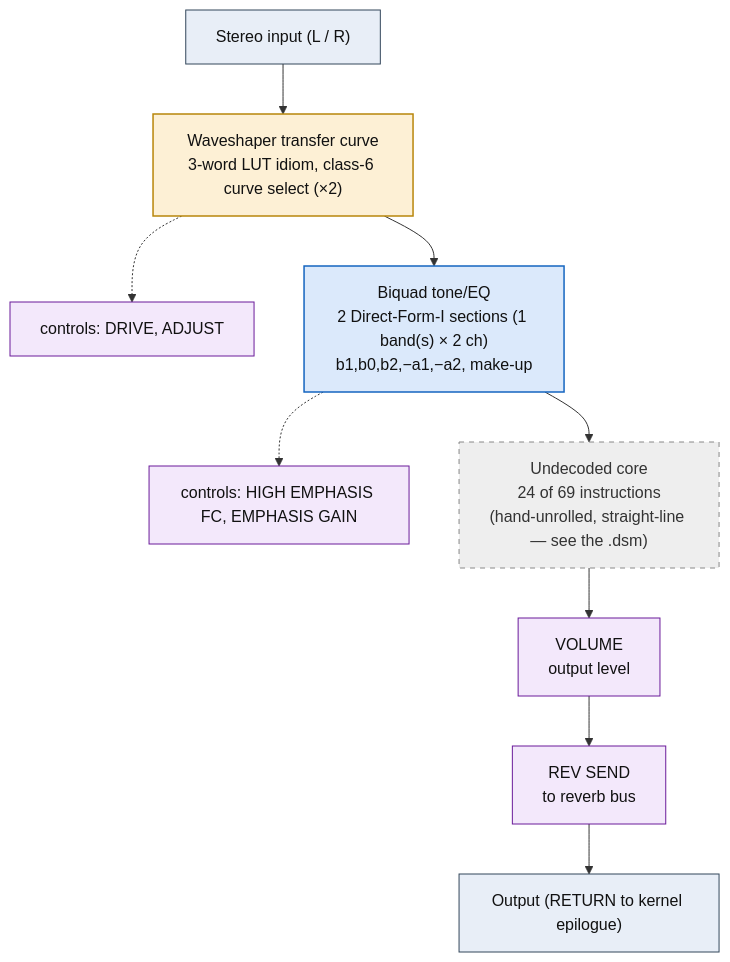
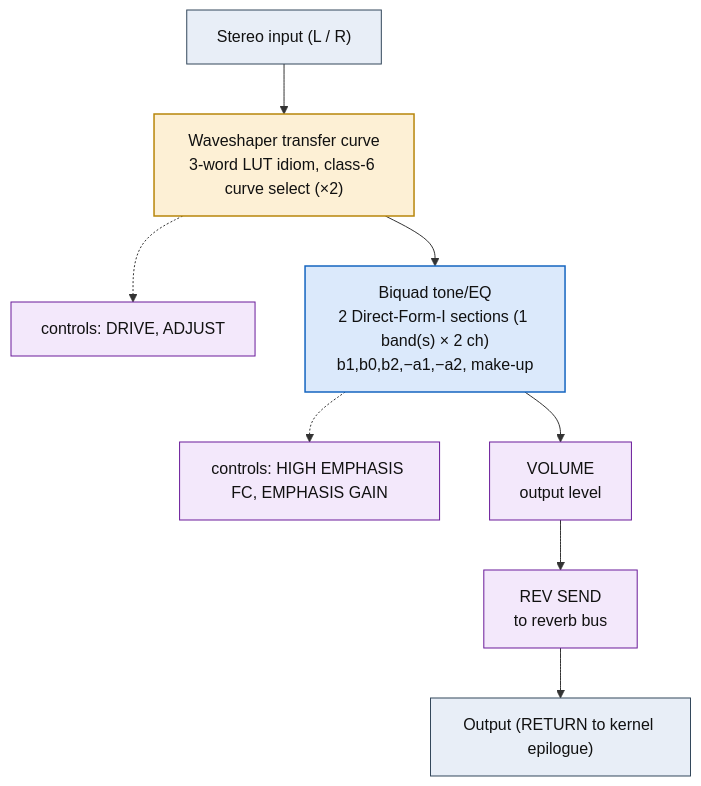
One commit to ArqueologiaDigital/kn5000-roms-disasm changed the diagram in dsp/flowcharts/prog35_exciter.md. Above: the diagram before and after it, drawn with Mermaid. The commit also changed other lines of this file and 39 other files, not shown here.

First line of the commit message:
dsp: annotate all flowcharts with the classic effect topology each shape matches

````diff
--- a/dsp/flowcharts/prog35_exciter.md
+++ b/dsp/flowcharts/prog35_exciter.md
@@ -12,32 +12,29 @@
 ```mermaid
 flowchart TD
     N0["Stereo input (L / R)"]
     N1["Waveshaper transfer curve<br/>3-word LUT idiom, class-6 curve select (&times;2)"]
     N0 --> N1
     N2["controls: DRIVE, ADJUST"]
     N1 -.-> N2
     N3["Biquad tone/EQ<br/>2 Direct-Form-I sections (1 band(s) &times; 2 ch)<br/>b1,b0,b2,&minus;a1,&minus;a2, make-up"]
     N1 --> N3
     N4["controls: HIGH EMPHASIS FC, EMPHASIS GAIN"]
     N3 -.-> N4
-    N5["Undecoded core<br/>24 of 69 instructions<br/>(hand-unrolled, straight-line &mdash; see the .dsm)"]
+    N5["VOLUME<br/>output level"]
     N3 --> N5
-    N6["VOLUME<br/>output level"]
+    N6["REV SEND<br/>to reverb bus"]
     N5 --> N6
-    N7["REV SEND<br/>to reverb bus"]
+    N7["Output (RETURN to kernel epilogue)"]
     N6 --> N7
-    N8["Output (RETURN to kernel epilogue)"]
-    N7 --> N8
 
     classDef io fill:#e8eef7,stroke:#33475b,stroke-width:1px,color:#111;
     classDef proven fill:#d7f0d7,stroke:#2e7d32,stroke-width:2px,color:#111;
     classDef measured fill:#dbe9fb,stroke:#1565c0,stroke-width:1.5px,color:#111;
     classDef inferred fill:#fdf0d5,stroke:#b8860b,stroke-width:1.5px,color:#111;
     classDef open fill:#eeeeee,stroke:#888,stroke-width:1px,color:#333,stroke-dasharray:5 5;
     classDef ctrl fill:#f3e8fb,stroke:#6a1b9a,stroke-width:1px,color:#111;
-    class N0,N8 io;
+    class N0,N7 io;
     class N1 inferred;
-    class N2,N4,N6,N7 ctrl;
+    class N2,N4,N5,N6 ctrl;
     class N3 measured;
-    class N5 open;
 ```
````
